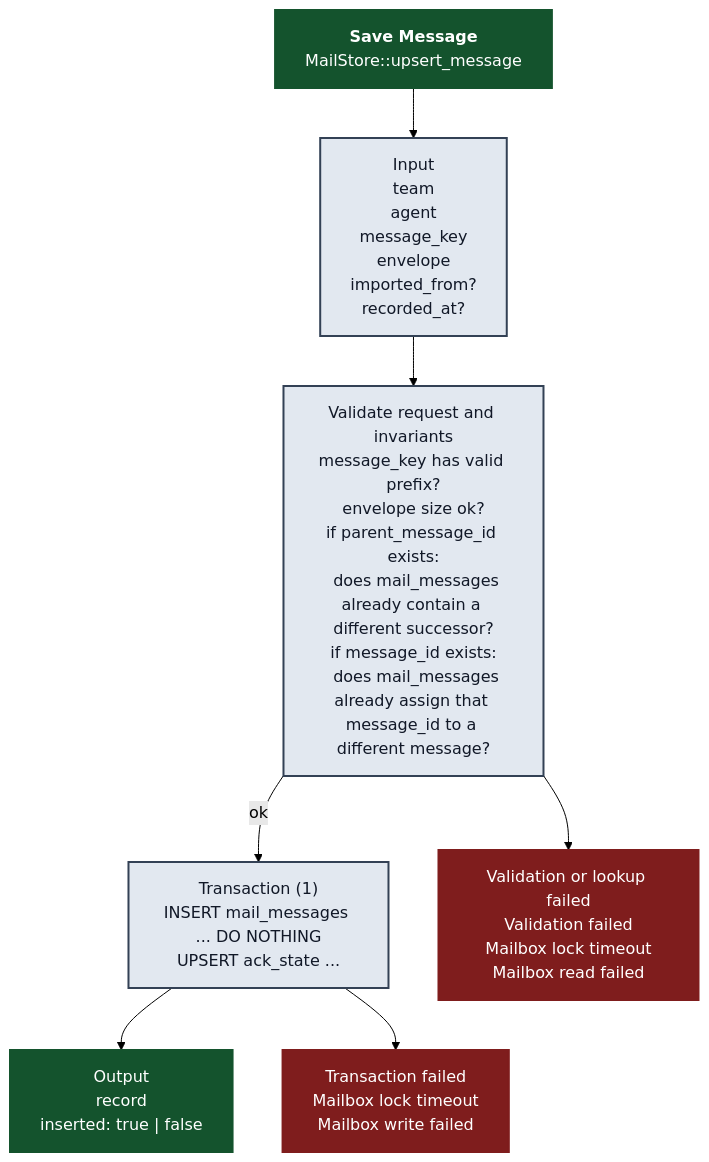
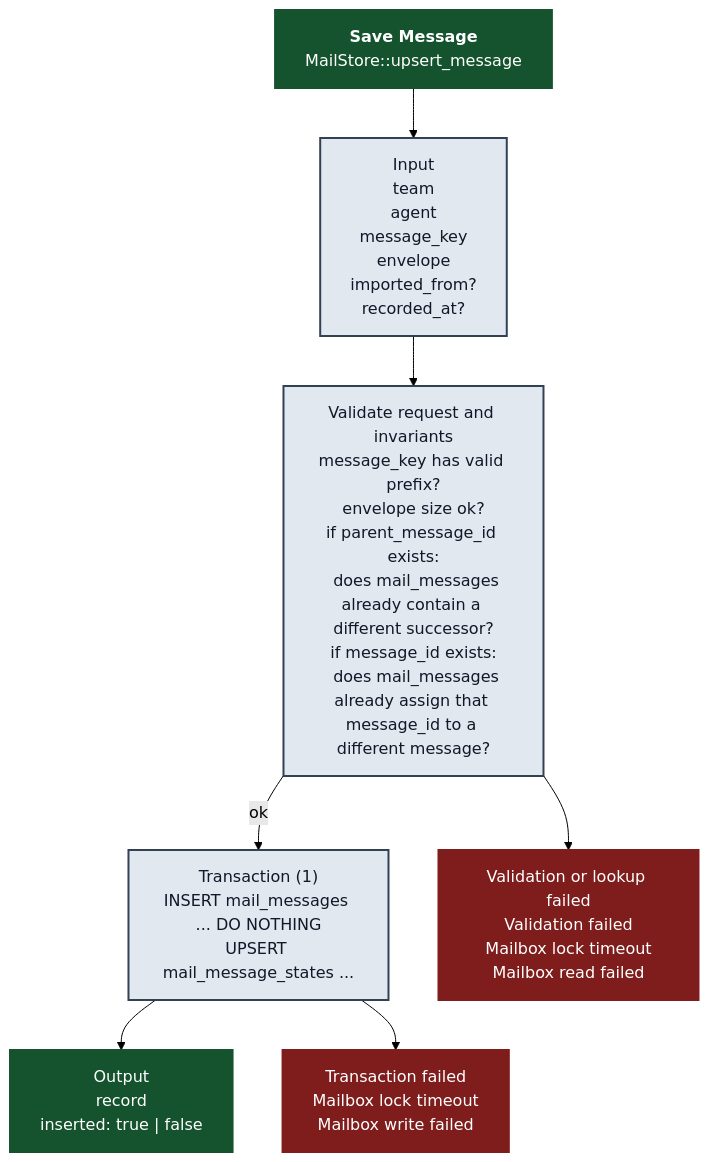
Before and after one commit to randlee/atm-core: the diagram in docs/atm-rusqlite/sql_save-message.mmd, drawn with Mermaid (forest theme). The commit also changed 26 other files, not shown here.

Commit message:
phase-u: unify mutable message state

```diff
--- a/docs/atm-rusqlite/sql_save-message.mmd
+++ b/docs/atm-rusqlite/sql_save-message.mmd
@@ -1,44 +1,44 @@
 %% title: `Save Message`
 %% summary: SQLite boundary method `MailStore::upsert_message`.
-%% commentary: This SQL-boundary path shows the boundary contract first: input, validation, one transaction, output, and boundary-visible error classes.
+%% commentary: This SQL-boundary path stores immutable content in `mail_messages`, strips mutable fields out of the stored envelope, and writes the unified mutable projection into `mail_message_states`.
 %% read_tables: mail_messages
-%% write_tables: mail_messages, ack_state
+%% write_tables: mail_messages, mail_message_states
 %% notes: reads before write: 0..2 | writes: 2 | transactions: 1
 %% sets: query
 flowchart TD
     A["<b>Save Message</b><br/>MailStore::upsert_message"]
     A --> I["Input
 team
 agent
 message_key
 envelope
 imported_from?
 recorded_at?"]
     I --> V["Validate request and invariants
 message_key has valid prefix?
 envelope size ok?
 if parent_message_id exists:
   does mail_messages already contain a different successor?
 if message_id exists:
   does mail_messages already assign that message_id to a different message?"]
     V -->|ok| T["Transaction (1)
 INSERT mail_messages ... DO NOTHING
-UPSERT ack_state ..."]
+UPSERT mail_message_states ..."]
     T --> O["Output
 record
 inserted: true | false"]
     V --> EV["Validation or lookup failed
 Validation failed
 Mailbox lock timeout
 Mailbox read failed"]
     T --> ET["Transaction failed
 Mailbox lock timeout
 Mailbox write failed"]
 
     classDef happy fill:#14532d,color:#ffffff,stroke:#14532d,stroke-width:2px;
     classDef error fill:#7f1d1d,color:#ffffff,stroke:#7f1d1d,stroke-width:2px;
     classDef neutral fill:#e2e8f0,color:#111827,stroke:#334155,stroke-width:2px;
 
     class A,O happy;
     class EV,ET error;
     class I,V,T neutral;
```
